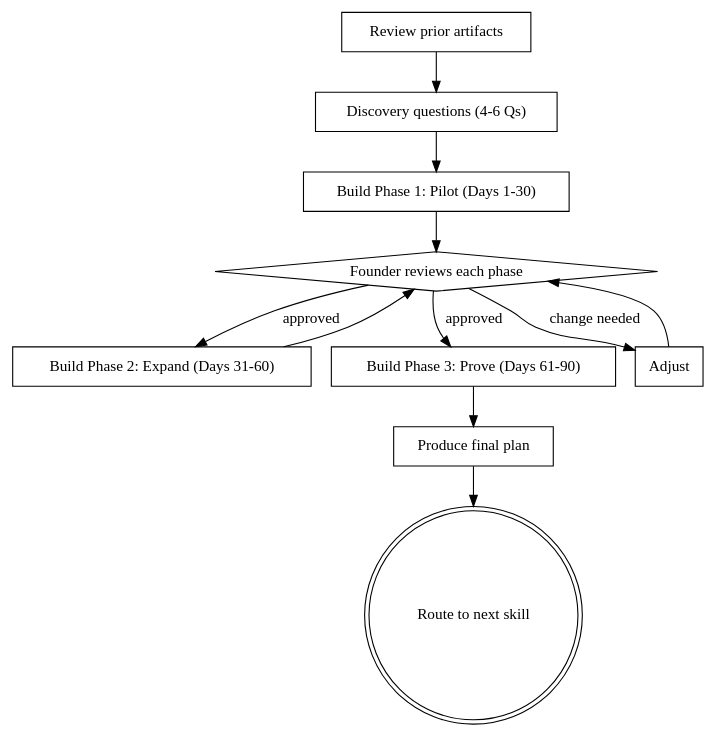
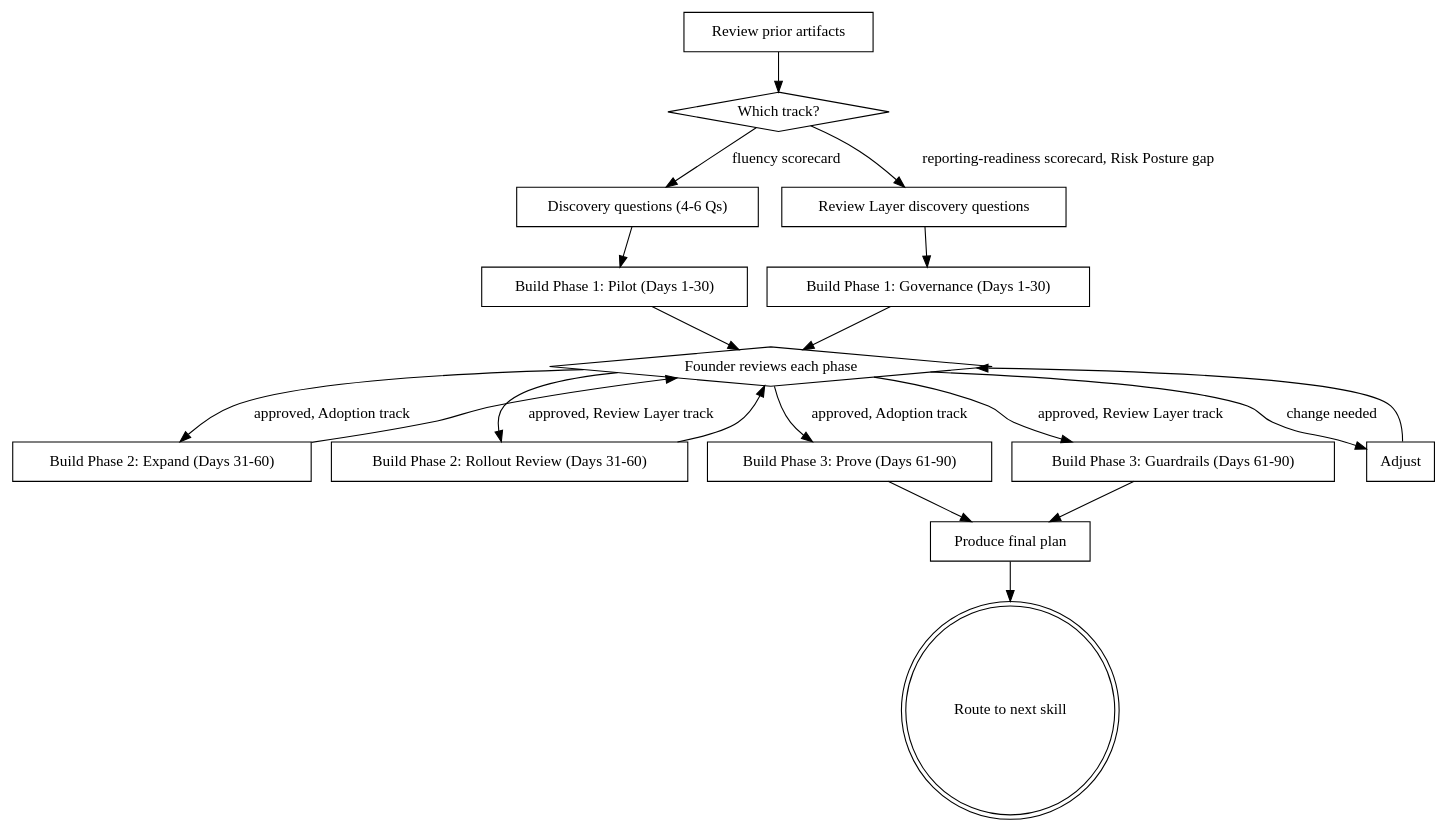
Before and after one commit to adimango/ai-adoption-playbook: the diagram in skills/90-day-plan-builder/SKILL.md, drawn with Graphviz.

Commit message:
Add Review Layer track branch to 90-day-plan-builder flow diagram

````diff
--- a/skills/90-day-plan-builder/SKILL.md
+++ b/skills/90-day-plan-builder/SKILL.md
@@ -16,24 +16,37 @@
 ```dot
 digraph plan {
     "Review prior artifacts" [shape=box];
+    "Which track?" [shape=diamond];
     "Discovery questions (4-6 Qs)" [shape=box];
     "Build Phase 1: Pilot (Days 1-30)" [shape=box];
     "Build Phase 2: Expand (Days 31-60)" [shape=box];
     "Build Phase 3: Prove (Days 61-90)" [shape=box];
+    "Review Layer discovery questions" [shape=box];
+    "Build Phase 1: Governance (Days 1-30)" [shape=box];
+    "Build Phase 2: Rollout Review (Days 31-60)" [shape=box];
+    "Build Phase 3: Guardrails (Days 61-90)" [shape=box];
     "Founder reviews each phase" [shape=diamond];
     "Adjust" [shape=box];
     "Produce final plan" [shape=box];
     "Route to next skill" [shape=doublecircle];
 
-    "Review prior artifacts" -> "Discovery questions (4-6 Qs)";
+    "Review prior artifacts" -> "Which track?";
+    "Which track?" -> "Discovery questions (4-6 Qs)" [label="fluency scorecard"];
+    "Which track?" -> "Review Layer discovery questions" [label="reporting-readiness scorecard, Risk Posture gap"];
     "Discovery questions (4-6 Qs)" -> "Build Phase 1: Pilot (Days 1-30)";
     "Build Phase 1: Pilot (Days 1-30)" -> "Founder reviews each phase";
+    "Review Layer discovery questions" -> "Build Phase 1: Governance (Days 1-30)";
+    "Build Phase 1: Governance (Days 1-30)" -> "Founder reviews each phase";
     "Founder reviews each phase" -> "Adjust" [label="change needed"];
-    "Founder reviews each phase" -> "Build Phase 2: Expand (Days 31-60)" [label="approved"];
+    "Founder reviews each phase" -> "Build Phase 2: Expand (Days 31-60)" [label="approved, Adoption track"];
+    "Founder reviews each phase" -> "Build Phase 2: Rollout Review (Days 31-60)" [label="approved, Review Layer track"];
     "Adjust" -> "Founder reviews each phase";
     "Build Phase 2: Expand (Days 31-60)" -> "Founder reviews each phase";
-    "Founder reviews each phase" -> "Build Phase 3: Prove (Days 61-90)" [label="approved"];
+    "Build Phase 2: Rollout Review (Days 31-60)" -> "Founder reviews each phase";
+    "Founder reviews each phase" -> "Build Phase 3: Prove (Days 61-90)" [label="approved, Adoption track"];
+    "Founder reviews each phase" -> "Build Phase 3: Guardrails (Days 61-90)" [label="approved, Review Layer track"];
     "Build Phase 3: Prove (Days 61-90)" -> "Produce final plan";
+    "Build Phase 3: Guardrails (Days 61-90)" -> "Produce final plan";
     "Produce final plan" -> "Route to next skill";
 }
 ```
````
